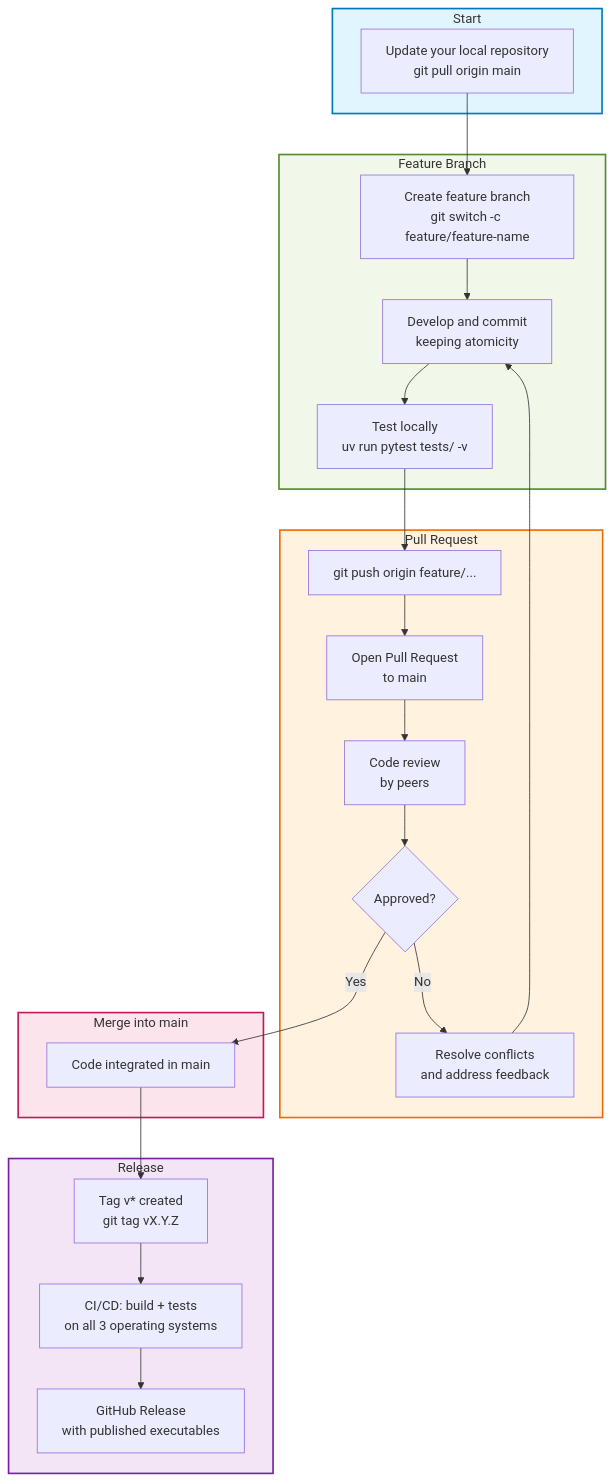
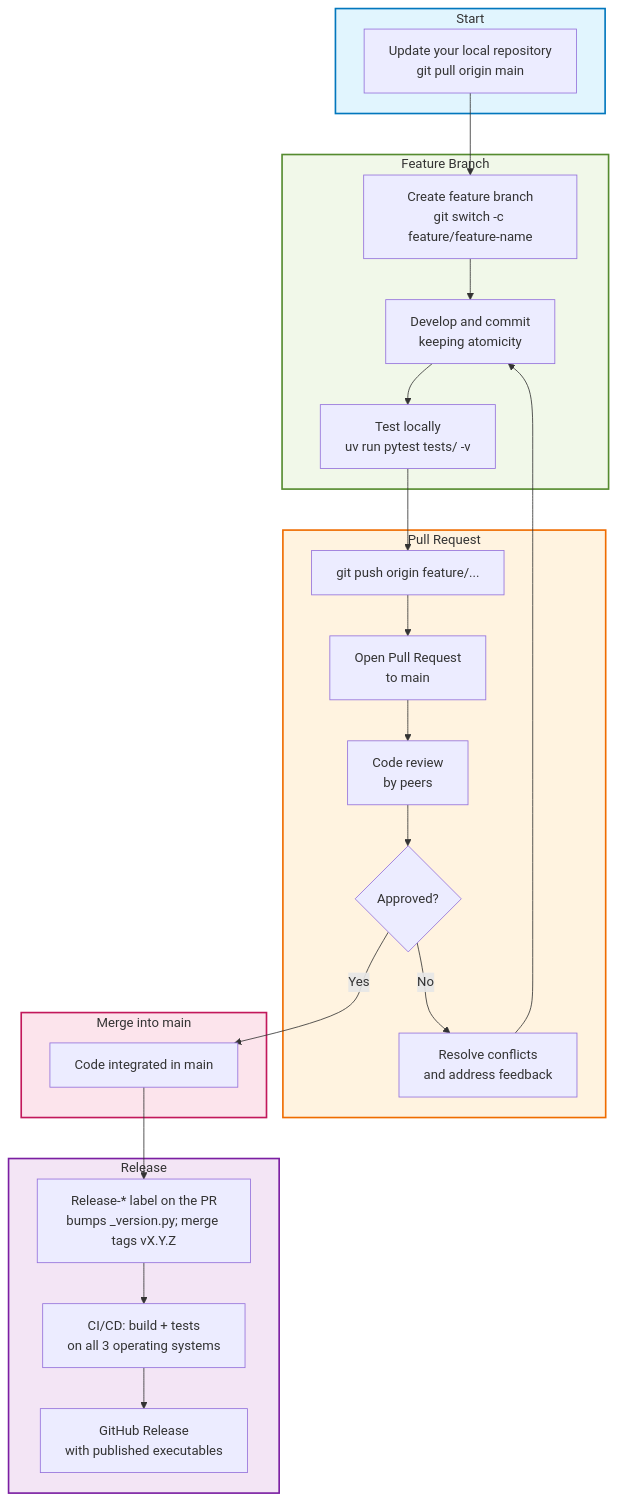
One commit to petrobras/marlim3 changed the first of 2 diagrams in CONTRIBUTING.md. Above: the diagram before and after it, drawn with Mermaid. The commit also changed other lines of this file and 6 other files, not shown here.

First line of the commit message:
ci: release from Release-* PR labels and check _version.py on PRs (#144)

````diff
--- a/CONTRIBUTING.md
+++ b/CONTRIBUTING.md
@@ -241,50 +241,50 @@
 ```mermaid
 flowchart TB
     subgraph Start[Start]
         A[Update your local repository<br/>git pull origin main]
     end
 
     subgraph Feature[Feature Branch]
         B[Create feature branch<br/>git switch -c feature/feature-name]
         C[Develop and commit<br/>keeping atomicity]
         D[Test locally<br/>uv run pytest tests/ -v]
     end
 
     subgraph PR[Pull Request]
         E[git push origin feature/...]
         F[Open Pull Request<br/>to main]
         G[Code review<br/>by peers]
         H{Approved?}
         I[Resolve conflicts<br/>and address feedback]
     end
 
     subgraph Merge[Merge into main]
         J[Code integrated in main]
     end
 
     subgraph Release[Release]
-        K[Tag v* created<br/>git tag vX.Y.Z]
+        K[Release-* label on the PR<br/>bumps _version.py; merge tags vX.Y.Z]
         L[CI/CD: build + tests<br/>on all 3 operating systems]
         M[GitHub Release<br/>with published executables]
     end
 
     A --> B
     B --> C
     C --> D
     D --> E
     E --> F
     F --> G
     G --> H
     H -->|No| I
     I --> C
     H -->|Yes| J
     J --> K
     K --> L
     L --> M
 
     style Start fill:#e1f5fe,stroke:#0277bd,stroke-width:2px
     style Feature fill:#f1f8e9,stroke:#558b2f,stroke-width:2px
     style PR fill:#fff3e0,stroke:#ef6c00,stroke-width:2px
     style Merge fill:#fce4ec,stroke:#c2185b,stroke-width:2px
     style Release fill:#f3e5f5,stroke:#7b1fa2,stroke-width:2px
 ```
````
